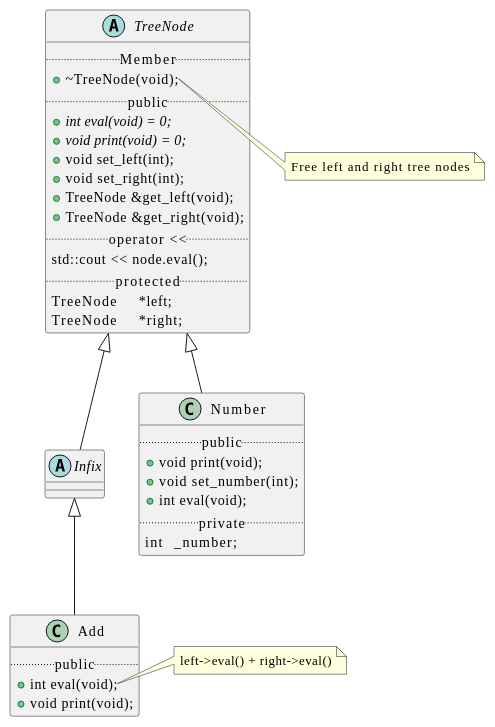
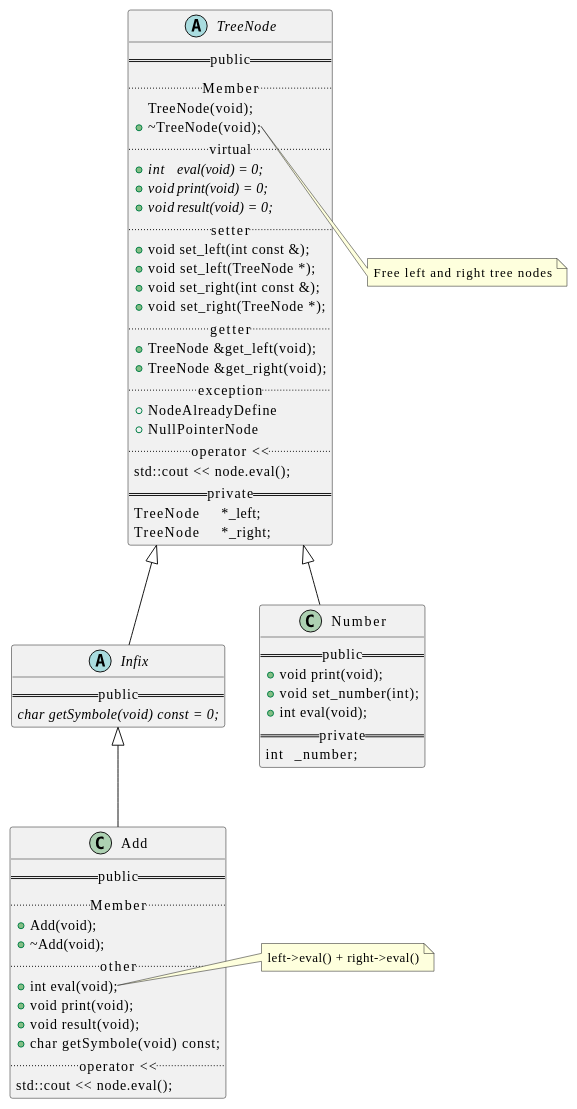
Before and after one commit to t-h2o/parsmath: diagram 12 of 12 in assets/README.adoc, drawn with PlantUML. The commit also changed 2 other files, not shown here.

Commit message:
doc: update diagram class

```diff
--- a/assets/README.adoc
+++ b/assets/README.adoc
@@ -168,51 +168,71 @@
 [plantuml, target=program_class, format=svg, width=100%]
 ....
 @startuml
 skinparam defaultFontName JetBrains Mono
 
 abstract TreeNode {
+  == public ==
   .. Member ..
+  TreeNode(void);
   +~TreeNode(void);
-  .. public ..
-  +{abstract} int eval(void) = 0;
-  +{abstract} void print(void) = 0;
-  +void set_left(int);
-  +void set_right(int);
+  .. virtual ..
+  +{abstract} int	eval(void) = 0;
+  +{abstract} void	print(void) = 0;
+  +{abstract} void	result(void) = 0;
+  .. setter ..
+  +void set_left(int const &);
+  +void set_left(TreeNode *);
+  +void set_right(int const &);
+  +void set_right(TreeNode *);
+  .. getter ..
   +TreeNode &get_left(void);
   +TreeNode &get_right(void);
+  .. exception ..
+  +NodeAlreadyDefine
+  +NullPointerNode
   .. operator << ..
   std::cout << node.eval();
-  .. protected ..
-  TreeNode	*left;
-  TreeNode	*right;
+  == private ==
+  TreeNode	*_left;
+  TreeNode	*_right;
 }
 note right of TreeNode::~TreeNode
   Free left and right tree nodes
 end note
 abstract Infix {
+  == public ==
+  {abstract} char getSymbole(void) const = 0;
 }
 
 class Add {
-  .. public ..
+  == public ==
+  .. Member ..
+  +Add(void);
+  +~Add(void);
+  .. other ..
   +int eval(void);
   +void print(void);
+  +void result(void);
+  +char getSymbole(void) const;
+  .. operator << ..
+  std::cout << node.eval();
 }
 note right of Add::eval
   left->eval() + right->eval()
 end note
 
 class Number {
-  .. public ..
+  == public ==
   +void print(void);
   +void set_number(int);
   +int eval(void);
-  .. private ..
+  == private ==
   int	_number;
 }
 
 TreeNode <|-- Infix
 TreeNode <|-- Number
 Infix <|-- Add
 
 @enduml
 ....
```
